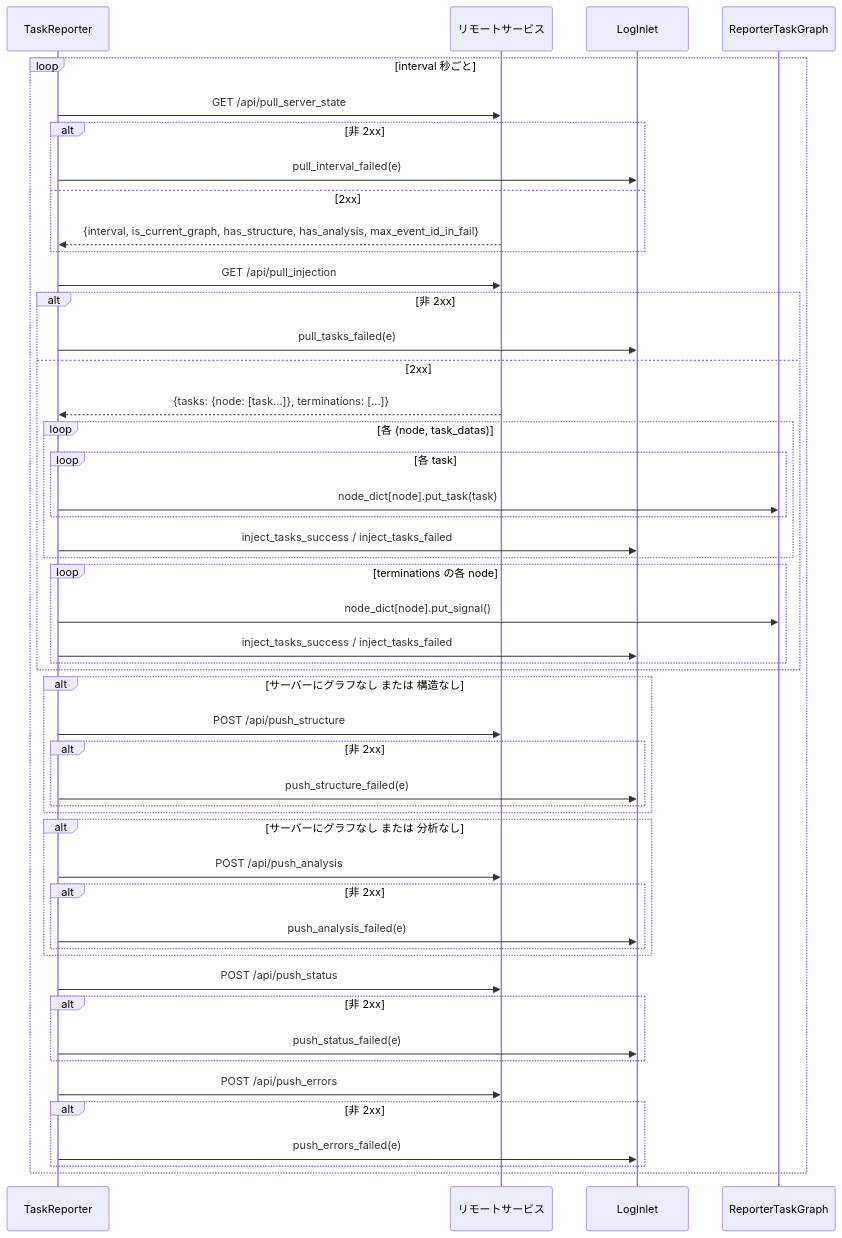
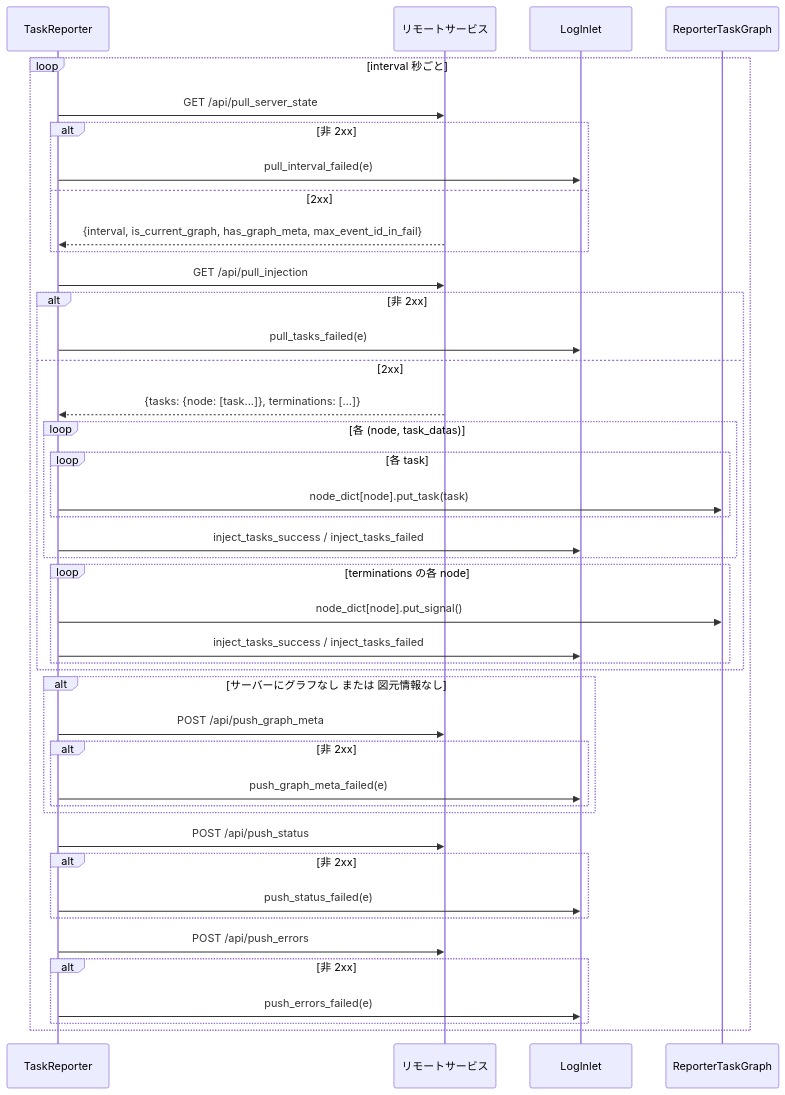
Before and after one commit to Mr-xiaotian/CelestialFlow: the second of 2 diagrams in docs/ja/src/observability/core_report.md, drawn with Mermaid. The commit also changed other lines of this file and 211 other files, not shown here.

````diff
--- a/docs/ja/src/observability/core_report.md
+++ b/docs/ja/src/observability/core_report.md
@@ -313,55 +306,49 @@
 ```mermaid
 sequenceDiagram
     participant R as TaskReporter
     participant S as リモートサービス
     participant L as LogInlet
     participant G as ReporterTaskGraph
 
     loop interval 秒ごと
         R->>S: GET /api/pull_server_state
         alt 非 2xx
             R->>L: pull_interval_failed(e)
         else 2xx
-            S-->>R: {interval, is_current_graph, has_structure, has_analysis, max_event_id_in_fail}
+            S-->>R: {interval, is_current_graph, has_graph_meta, max_event_id_in_fail}
         end
 
         R->>S: GET /api/pull_injection
         alt 非 2xx
             R->>L: pull_tasks_failed(e)
         else 2xx
             S-->>R: {tasks: {node: [task...]}, terminations: [...]}
             loop 各 (node, task_datas)
                 loop 各 task
                     R->>G: node_dict[node].put_task(task)
                 end
                 R->>L: inject_tasks_success / inject_tasks_failed
             end
             loop terminations の各 node
                 R->>G: node_dict[node].put_signal()
                 R->>L: inject_tasks_success / inject_tasks_failed
             end
         end
 
-        alt サーバーにグラフなし または 構造なし
-            R->>S: POST /api/push_structure
+        alt サーバーにグラフなし または 図元情報なし
+            R->>S: POST /api/push_graph_meta
             alt 非 2xx
-                R->>L: push_structure_failed(e)
-            end
-        end
-        alt サーバーにグラフなし または 分析なし
-            R->>S: POST /api/push_analysis
-            alt 非 2xx
-                R->>L: push_analysis_failed(e)
+                R->>L: push_graph_meta_failed(e)
             end
         end
 
         R->>S: POST /api/push_status
         alt 非 2xx
             R->>L: push_status_failed(e)
         end
         R->>S: POST /api/push_errors
         alt 非 2xx
             R->>L: push_errors_failed(e)
         end
     end
 ```
````
